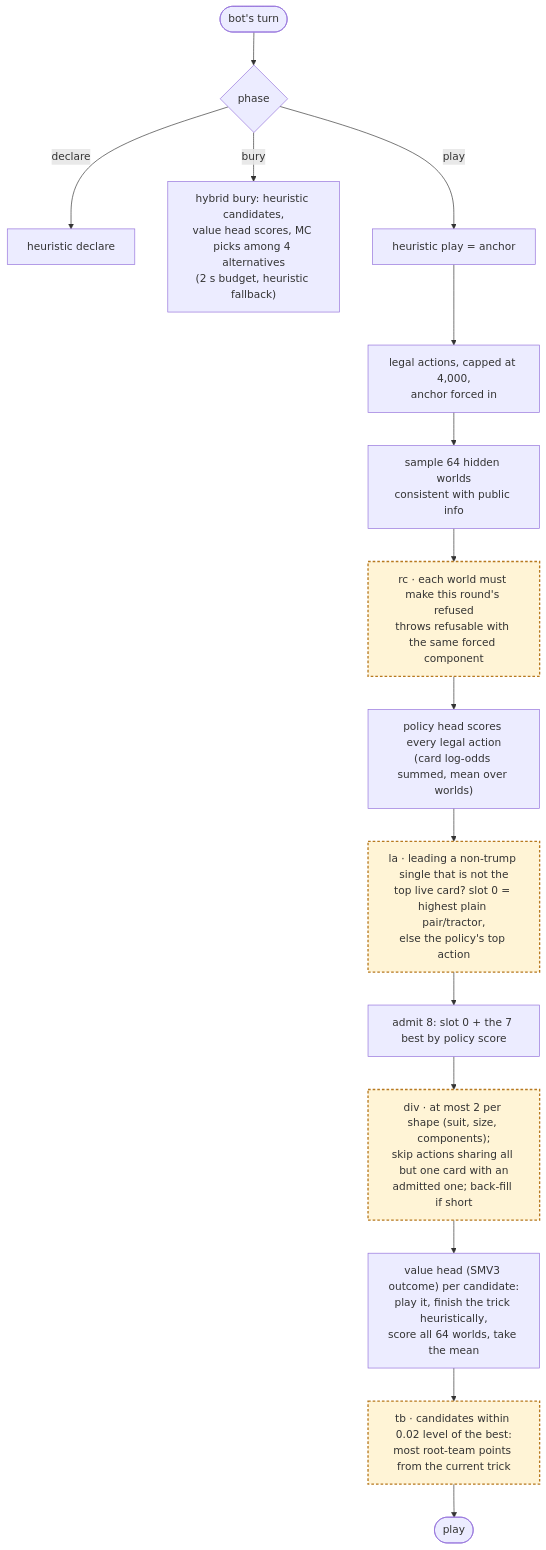
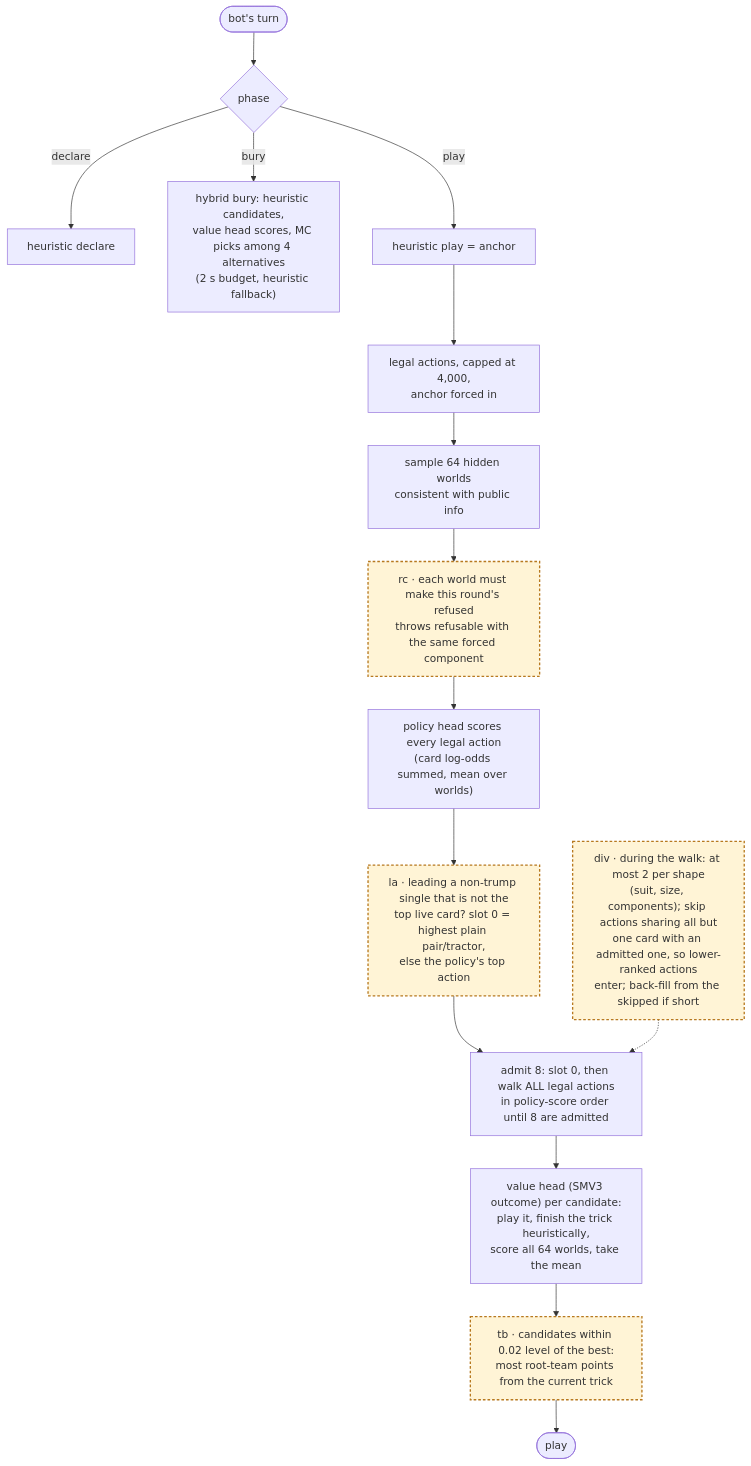
One commit to jerryyyu/shengji changed the diagram in README.md. Above: the diagram before and after it, drawn with Mermaid. The commit also changed other lines of this file and 5 other files, not shown here.

````diff
--- a/README.md
+++ b/README.md
@@ -19,19 +19,19 @@
 ```mermaid
 flowchart TD
   turn(["bot's turn"]) --> phase{phase}
   phase -->|declare| dec["heuristic declare"]
   phase -->|bury| bury["hybrid bury: heuristic candidates,<br/>value head scores, MC picks among 4 alternatives<br/>(2 s budget, heuristic fallback)"]
   phase -->|play| anchor["heuristic play = anchor"]
   anchor --> legal["legal actions, capped at 4,000,<br/>anchor forced in"]
   legal --> worlds["sample 64 hidden worlds<br/>consistent with public info"]
   worlds --> rc["rc · each world must make this round's refused<br/>throws refusable with the same forced component"]
   rc --> prior["policy head scores every legal action<br/>(card log-odds summed, mean over worlds)"]
   prior --> la["la · leading a non-trump single that is not the<br/>top live card? slot 0 = highest plain pair/tractor,<br/>else the policy's top action"]
-  la --> admit["admit 8: slot 0 + the 7 best by policy score"]
-  admit --> div["div · at most 2 per shape (suit, size, components);<br/>skip actions sharing all but one card with an<br/>admitted one; back-fill if short"]
-  div --> value["value head (SMV3 outcome) per candidate:<br/>play it, finish the trick heuristically,<br/>score all 64 worlds, take the mean"]
+  la --> admit["admit 8: slot 0, then walk ALL legal actions<br/>in policy-score order until 8 are admitted"]
+  div["div · during the walk: at most 2 per shape<br/>(suit, size, components); skip actions sharing all but<br/>one card with an admitted one, so lower-ranked actions<br/>enter; back-fill from the skipped if short"] -.-> admit
+  admit --> value["value head (SMV3 outcome) per candidate:<br/>play it, finish the trick heuristically,<br/>score all 64 worlds, take the mean"]
   value --> tb["tb · candidates within 0.02 level of the best:<br/>most root-team points from the current trick"]
   tb --> play(["play"])
   classDef r38 fill:#fff4d6,stroke:#b7791f,stroke-width:2px,stroke-dasharray:4 3;
   class rc,la,div,tb r38;
 ```
````
